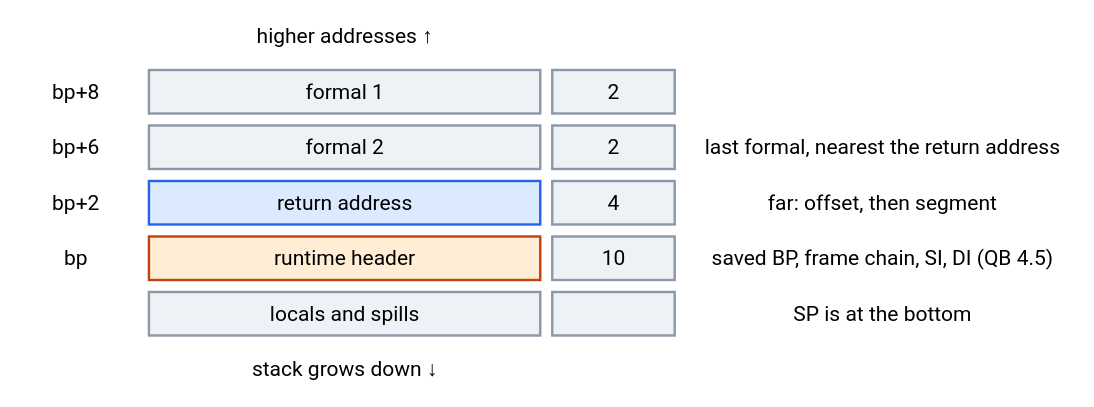
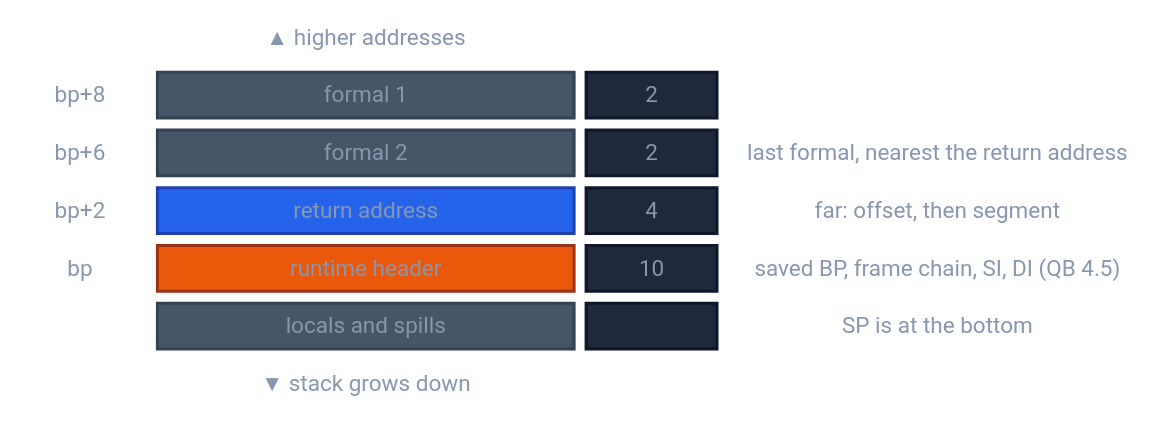
Before and after one commit to ali-mosavian/llrm: the second of 5 diagrams in docs/working/mermaid-trial.md, drawn with Mermaid. The commit also changed other lines of this file, not shown here.

Commit message:
docs: the mermaid trial in a bold style: solid fills, numbered stages, tinted groups

````diff
--- a/docs/working/mermaid-trial.md
+++ b/docs/working/mermaid-trial.md
@@ -55,22 +55,22 @@
 ```mermaid
-%%{init: {'theme':'base','themeVariables':{'fontFamily':'Segoe UI, Helvetica Neue, Arial, DejaVu Sans, sans-serif','fontSize':'14px','primaryColor':'#eef2f7','primaryTextColor':'#1f2328','primaryBorderColor':'#8b98a8','lineColor':'#7d8590','textColor':'#7d8590'}}}%%
+%%{init: {'theme':'base','themeVariables':{'fontFamily':'Segoe UI, Helvetica Neue, Arial, DejaVu Sans, sans-serif','fontSize':'15px','primaryColor':'#475569','primaryTextColor':'#ffffff','primaryBorderColor':'#334155','lineColor':'#64748b','textColor':'#64748b'}}}%%
 block-beta
   columns 8
-  space:1 up["higher addresses ↑"]:3 space:4
+  space:1 up["▲ higher addresses"]:3 space:4
   o1["bp+8"] c1["formal 1"]:3 s1["2"] n1[" "]:3
   o2["bp+6"] c2["formal 2"]:3 s2["2"] n2["last formal, nearest the return address"]:3
   o3["bp+2"] c3["return address"]:3 s3["4"] n3["far: offset, then segment"]:3
   o4["bp"] c4["runtime header"]:3 s4["10"] n4["saved BP, frame chain, SI, DI (QB 4.5)"]:3
   o5[" "] c5["locals and spills"]:3 s5[" "] n5["SP is at the bottom"]:3
-  space:1 dn["stack grows down ↓"]:3 space:4
-  classDef off fill:transparent,stroke:transparent,color:#7d8590
-  classDef cell fill:#eef2f7,stroke:#8b98a8,stroke-width:1.6px,color:#1f2328
-  classDef ret fill:#dbeafe,stroke:#2563eb,stroke-width:1.6px,color:#1f2328
-  classDef hdr fill:#ffedd5,stroke:#c2410c,stroke-width:1.6px,color:#1f2328
-  classDef size fill:#eef2f7,stroke:#8b98a8,stroke-width:1.6px,color:#7d8590
+  space:1 dn["▼ stack grows down"]:3 space:4
+  classDef off fill:transparent,stroke:transparent,color:#64748b
+  classDef cell fill:#475569,stroke:#334155,stroke-width:2px,color:#ffffff
+  classDef ret fill:#2563eb,stroke:#1e40af,stroke-width:2px,color:#ffffff
+  classDef hdr fill:#ea580c,stroke:#9a3412,stroke-width:2px,color:#ffffff
+  classDef size fill:#1e293b,stroke:#0f172a,stroke-width:2px,color:#e2e8f0
   class up,dn,o1,o2,o3,o4,o5,n1,n2,n3,n4,n5 off
   class c1,c2,c5 cell
   class c3 ret
   class c4 hdr
   class s1,s2,s3,s4,s5 size
 ```
````
